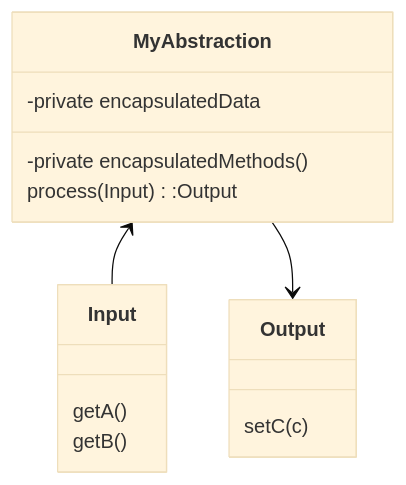
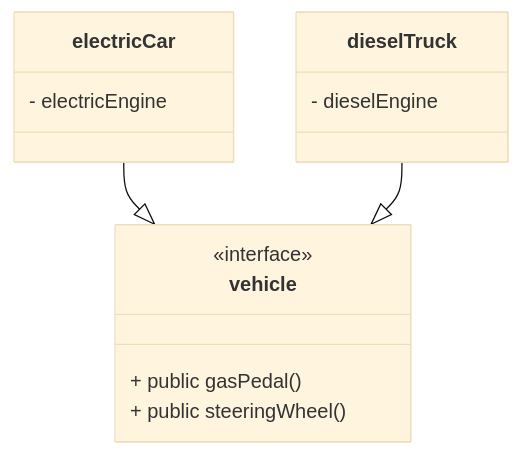
One commit to softwareconstruction240/softwareconstruction changed the second of 6 diagrams in instruction/design-principles/design-principles.md. Above: the diagram before and after it, drawn with Mermaid (base theme). The commit also changed other lines of this file, not shown here.

````diff
--- a/instruction/design-principles/design-principles.md
+++ b/instruction/design-principles/design-principles.md
@@ -79,17 +89,19 @@
 ```mermaid
 classDiagram
-    MyAbstraction <-- Input
-    MyAbstraction --> Output
-    class Input{
-      getA()
-      getB()
+    class vehicle {
+        <<interface>>
+        + public gasPedal()
+        + public steeringWheel()
     }
-    class MyAbstraction{
-      -private encapsulatedData
-      -private encapsulatedMethods()
-      process(Input):Output
+
+    class electricCar {
+        - electricEngine
     }
-    class Output{
-      setC(c)
+
+    class dieselTruck {
+        - dieselEngine
     }
+
+    electricCar --|> vehicle
+    dieselTruck --|> vehicle
 ```
````
